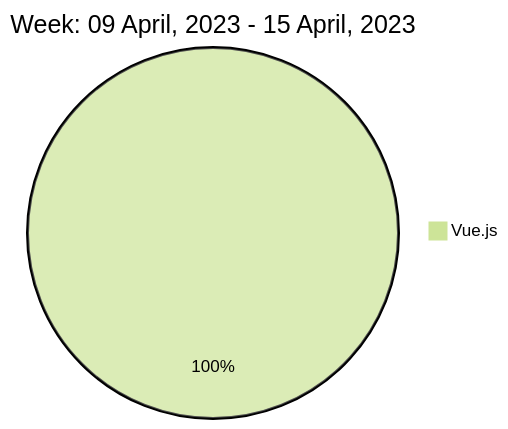
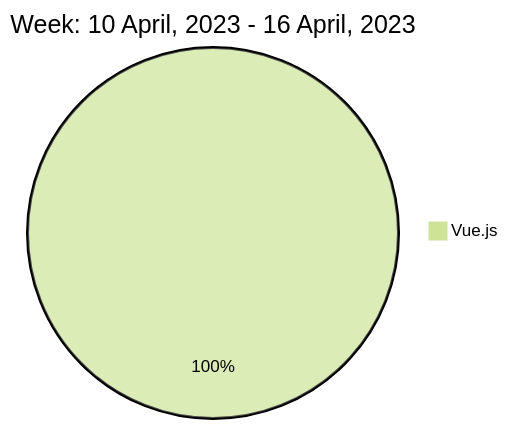
The diagram in README.md (liubin95/liubin95), drawn with Mermaid (forest theme) before and after one commit.

Commit message:
Updated the Graph with new Metrics

````diff
--- a/README.md
+++ b/README.md
@@ -40,5 +40,5 @@
 ```mermaid
  pie
-title Week: 09 April, 2023 - 15 April, 2023
+title Week: 10 April, 2023 - 16 April, 2023
  "Vue.js" : 2.22
 ```
````
